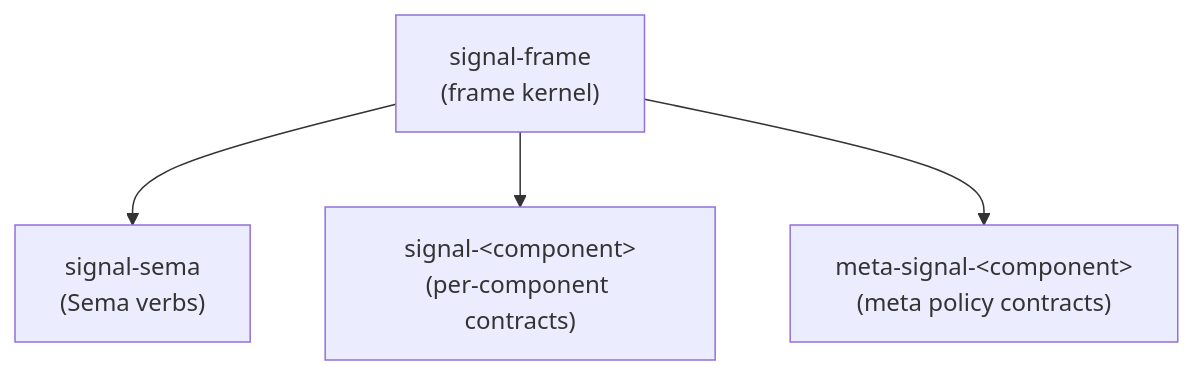
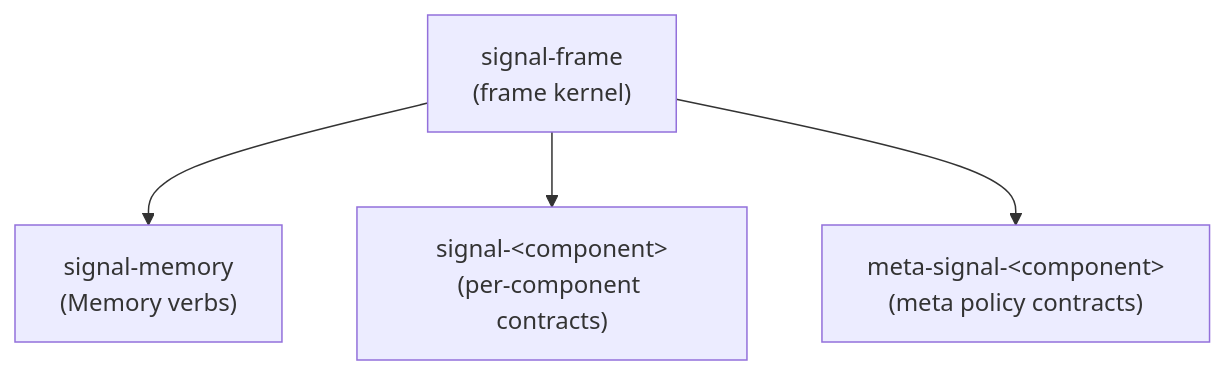
One commit to LiGoldragon/signal-frame changed the first of 3 diagrams in ARCHITECTURE.md. Above: the diagram before and after it, drawn with Mermaid. The commit also changed other lines of this file and 8 other files, not shown here.

Commit message:
Rename Sema database consumers to Memory

````diff
--- a/ARCHITECTURE.md
+++ b/ARCHITECTURE.md
@@ -25,11 +25,11 @@
 ```mermaid
 flowchart TB
     frame["signal-frame<br/>(frame kernel)"]
-    sema["signal-sema<br/>(Sema verbs)"]
+    memory["signal-memory<br/>(Memory verbs)"]
     components["signal-&lt;component&gt;<br/>(per-component contracts)"]
     meta["meta-signal-&lt;component&gt;<br/>(meta policy contracts)"]
 
-    frame --> sema
+    frame --> memory
     frame --> components
     frame --> meta
 ```
````
